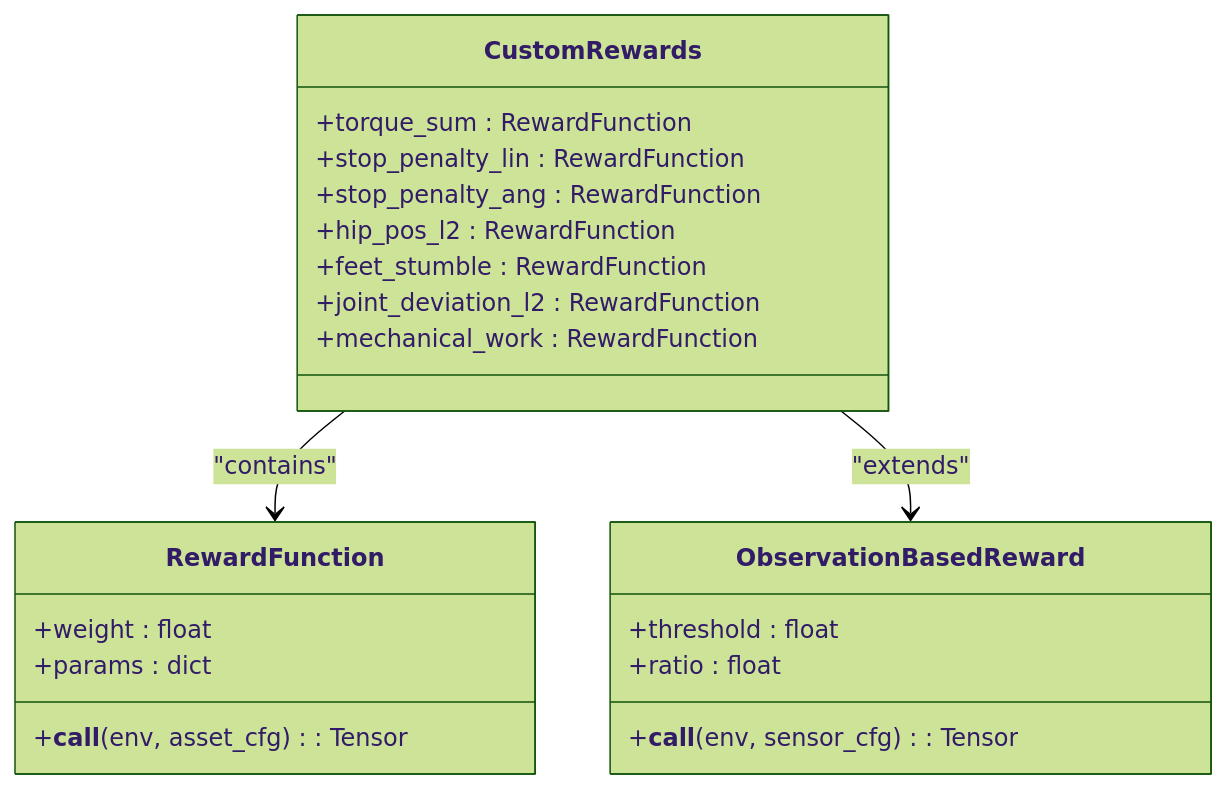
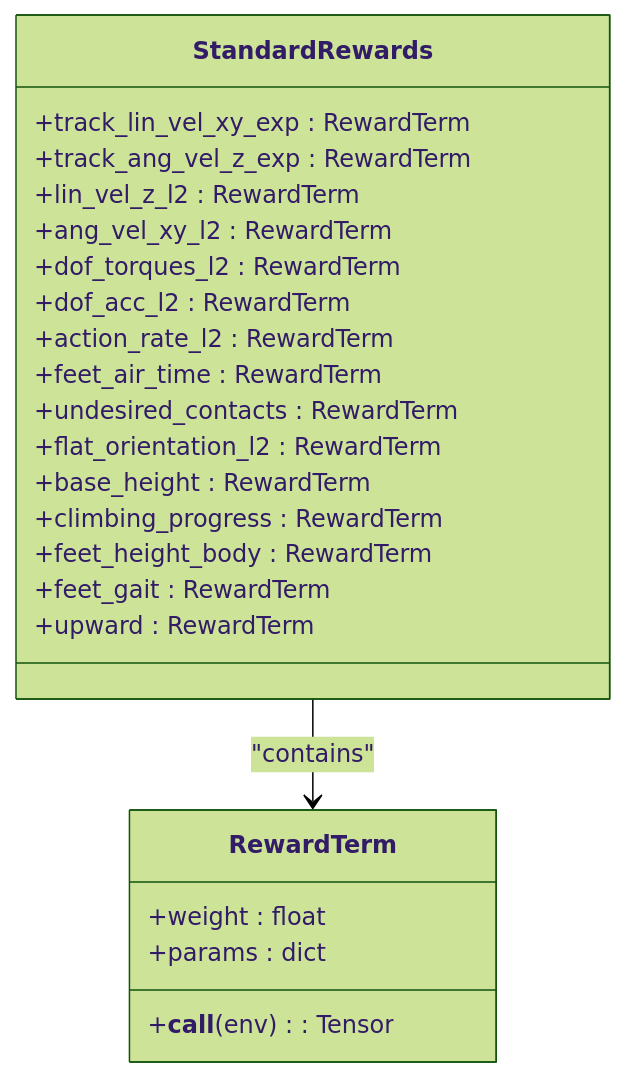
The tenth of 13 diagrams in .qoder/repowiki/en/content/ZSIBOT ZSL1 Stair Climbing Configuration.md (jayjayhust/robot_lab), drawn with Mermaid (forest theme) before and after one commit. The commit also changed other lines of this file and 14 other files, not shown here.

````diff
--- a/.qoder/repowiki/en/content/ZSIBOT ZSL1 Stair Climbing Configuration.md
+++ b/.qoder/repowiki/en/content/ZSIBOT ZSL1 Stair Climbing Configuration.md
@@ -757,24 +527,26 @@
 ```mermaid
 classDiagram
-class CustomRewards {
-+torque_sum : RewardFunction
-+stop_penalty_lin : RewardFunction
-+stop_penalty_ang : RewardFunction
-+hip_pos_l2 : RewardFunction
-+feet_stumble : RewardFunction
-+joint_deviation_l2 : RewardFunction
-+mechanical_work : RewardFunction
+class StandardRewards {
++track_lin_vel_xy_exp : RewardTerm
++track_ang_vel_z_exp : RewardTerm
++lin_vel_z_l2 : RewardTerm
++ang_vel_xy_l2 : RewardTerm
++dof_torques_l2 : RewardTerm
++dof_acc_l2 : RewardTerm
++action_rate_l2 : RewardTerm
++feet_air_time : RewardTerm
++undesired_contacts : RewardTerm
++flat_orientation_l2 : RewardTerm
++base_height : RewardTerm
++climbing_progress : RewardTerm
++feet_height_body : RewardTerm
++feet_gait : RewardTerm
++upward : RewardTerm
 }
-class RewardFunction {
-+__call__(env, asset_cfg) : Tensor
+class RewardTerm {
++__call__(env) : Tensor
 +weight : float
 +params : dict
 }
-class ObservationBasedReward {
-+__call__(env, sensor_cfg) : Tensor
-+threshold : float
-+ratio : float
-}
-CustomRewards --> RewardFunction : "contains"
-CustomRewards --> ObservationBasedReward : "extends"
+StandardRewards --> RewardTerm : "contains"
 ```
````
